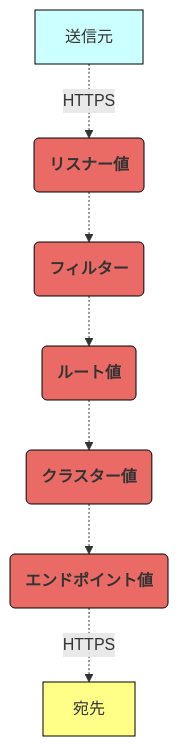
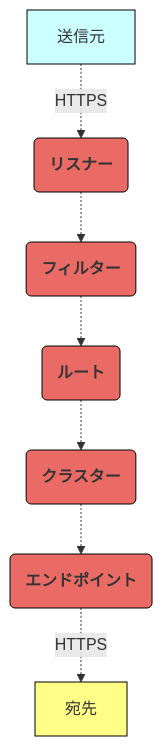
Before and after one commit to hiroki-it/hatenablog: the fourth of 4 diagrams in dist/entry/2024/01/08/161432.md, drawn with Mermaid. The commit also changed other lines of this file and 1 other file, not shown here.

````diff
--- a/dist/entry/2024/01/08/161432.md
+++ b/dist/entry/2024/01/08/161432.md
@@ -319,18 +319,18 @@
 ```mermaid
 flowchart TD
-    送信元 -.->|HTTPS| リスナー値
-    リスナー値(リスナー値) -.-> フィルター
-    フィルター(フィルター) -.-> ルート値
-    ルート値("ルート値") -.-> クラスター値
-    クラスター値(クラスター値) -.-> エンドポイント値
-    エンドポイント値(エンドポイント値) -.->|HTTPS| 宛先
+    送信元 -.->|HTTPS| リスナー
+    リスナー(リスナー) -.-> フィルター
+    フィルター(フィルター) -.-> ルート
+    ルート(ルート) -.-> クラスター
+    クラスター(クラスター) -.-> エンドポイント
+    エンドポイント(エンドポイント) -.->|HTTPS| 宛先
 
     classDef sly fill: #CCFFFF, stroke: black;
     class 送信元 sly
 
     classDef yellow fill: #FFFF88, stroke: black;
     class 宛先 yellow
 
     classDef red fill: #EA6B66, font-weight :bold, stroke: black;
-    class リスナー値,フィルター,ルート値,クラスター値,エンドポイント値 red
+    class リスナー,フィルター,ルート,クラスター,エンドポイント red
 ```
````
